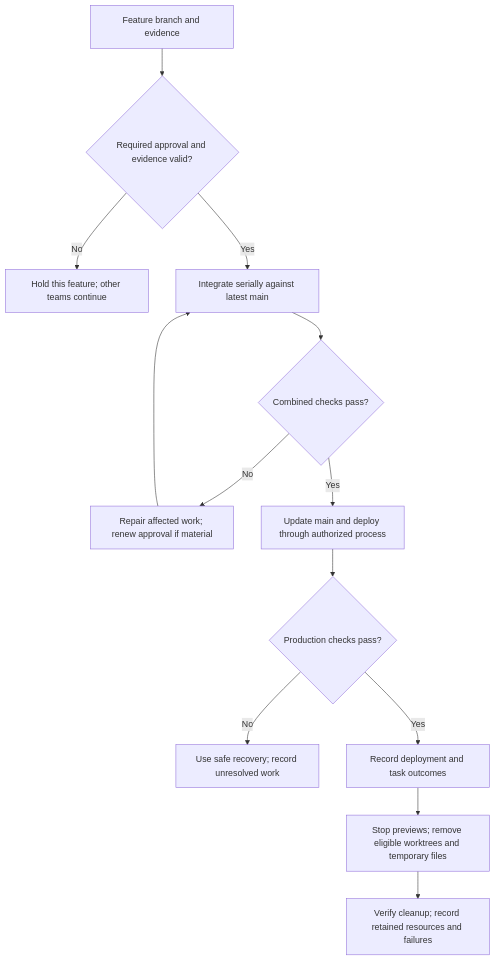
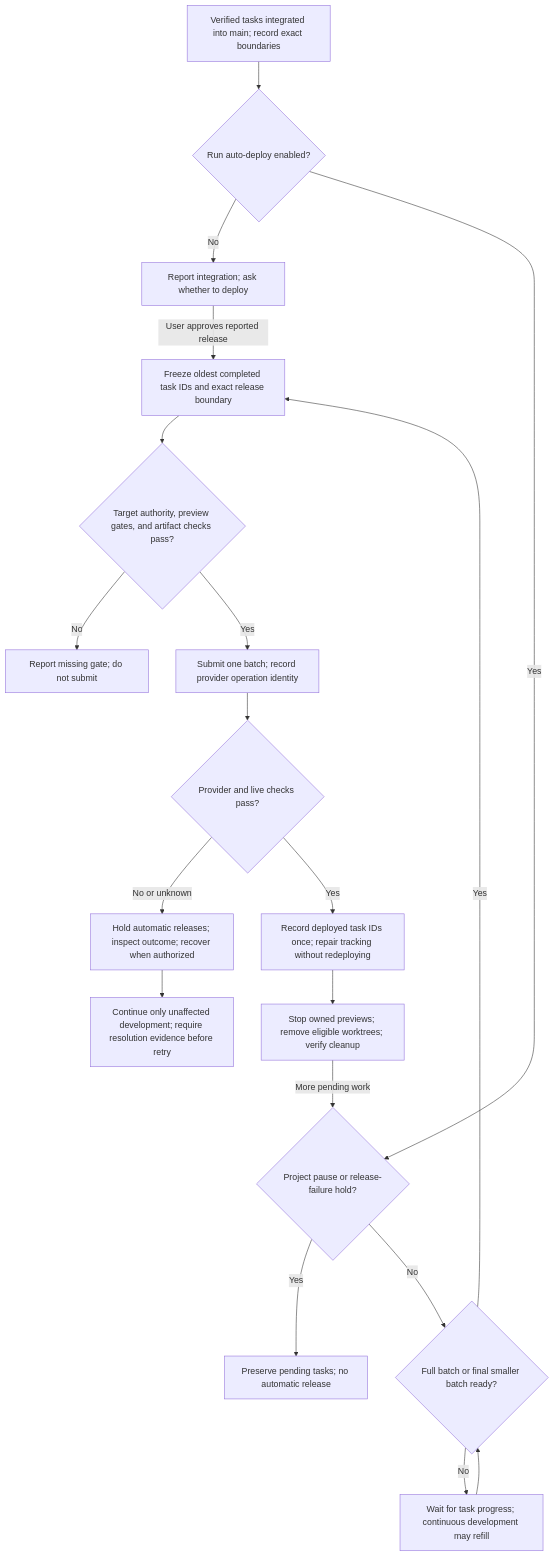
One commit to thebpandey/agent-team changed the diagram in assets/diagrams/release-recovery.mmd. Above: the diagram before and after it, drawn with Mermaid. The commit also changed 32 other files, not shown here.

Commit message:
feat: add continuous team runs and task-based deployment batches

```diff
--- a/assets/diagrams/release-recovery.mmd
+++ b/assets/diagrams/release-recovery.mmd
@@ -1,13 +1,19 @@
 flowchart TD
-    A["Feature branch and evidence"] --> B{"Required approval and evidence valid?"}
-    B -->|No| C["Hold this feature; other teams continue"]
-    B -->|Yes| D["Integrate serially against latest main"]
-    D --> E{"Combined checks pass?"}
-    E -->|No| F["Repair affected work; renew approval if material"]
-    F --> D
-    E -->|Yes| G["Update main and deploy through authorized process"]
-    G --> H{"Production checks pass?"}
-    H -->|No| I["Use safe recovery; record unresolved work"]
-    H -->|Yes| J["Record deployment and task outcomes"]
-    J --> K["Stop previews; remove eligible worktrees and temporary files"]
-    K --> L["Verify cleanup; record retained resources and failures"]
+    A["Verified tasks integrated into main; record exact boundaries"] --> B{"Run auto-deploy enabled?"}
+    B -->|No| C["Report integration; ask whether to deploy"]
+    B -->|Yes| D{"Project pause or release-failure hold?"}
+    D -->|Yes| E["Preserve pending tasks; no automatic release"]
+    D -->|No| F{"Full batch or final smaller batch ready?"}
+    F -->|No| G["Wait for task progress; continuous development may refill"]
+    G --> F
+    F -->|Yes| H["Freeze oldest completed task IDs and exact release boundary"]
+    C -->|User approves reported release| H
+    H --> I{"Target authority, preview gates, and artifact checks pass?"}
+    I -->|No| J["Report missing gate; do not submit"]
+    I -->|Yes| K["Submit one batch; record provider operation identity"]
+    K --> L{"Provider and live checks pass?"}
+    L -->|No or unknown| M["Hold automatic releases; inspect outcome; recover when authorized"]
+    M --> N["Continue only unaffected development; require resolution evidence before retry"]
+    L -->|Yes| O["Record deployed task IDs once; repair tracking without redeploying"]
+    O --> P["Stop owned previews; remove eligible worktrees; verify cleanup"]
+    P -->|More pending work| D
```
